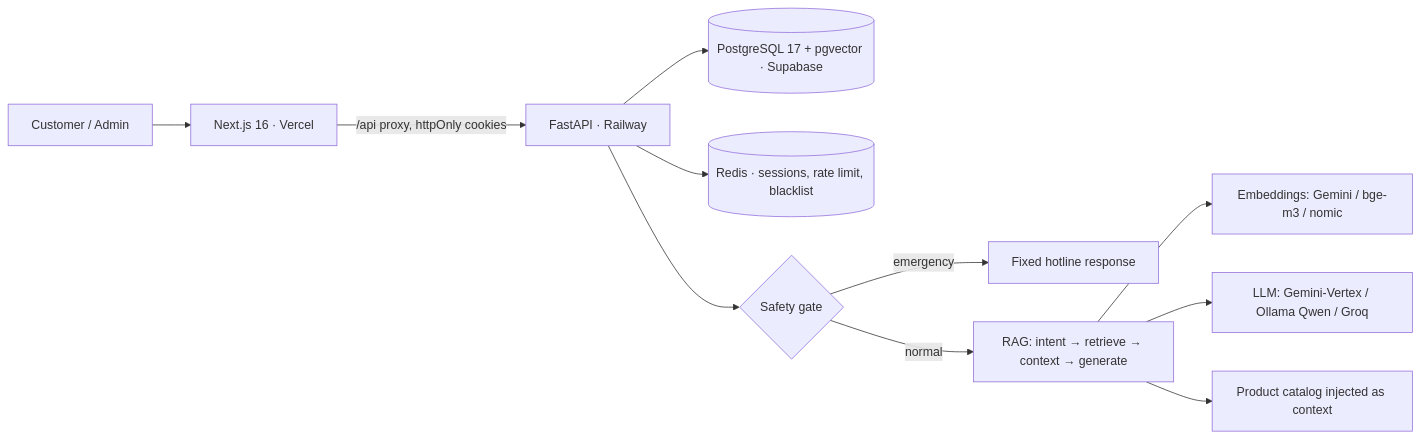
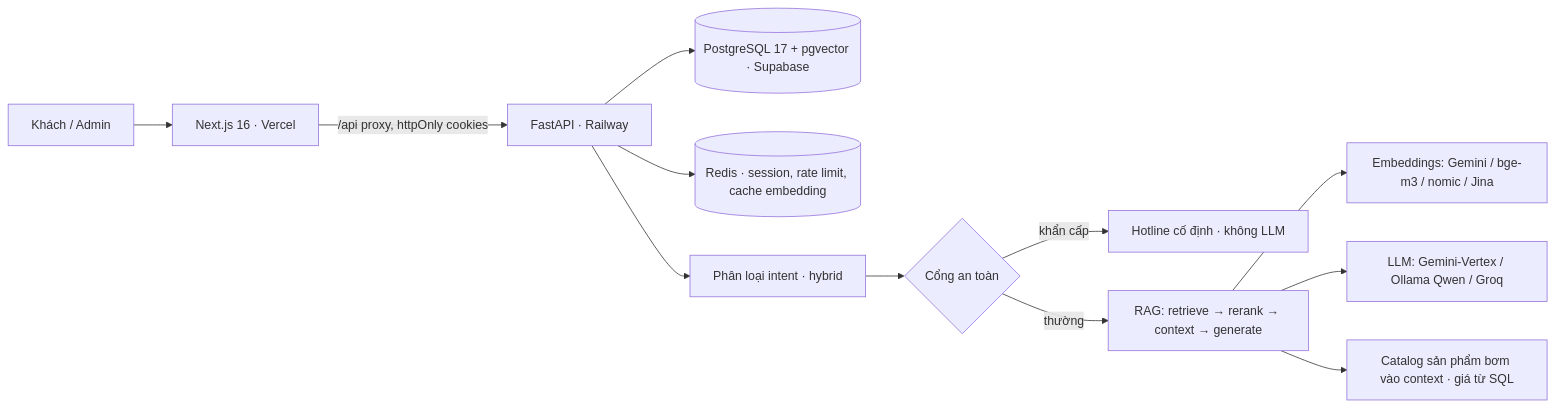
The diagram in README.md (Rhynis/Qiki), drawn with Mermaid before and after one commit. The commit also changed other lines of this file and 2 other files, not shown here.

````diff
--- a/README.md
+++ b/README.md
@@ -36,13 +97,14 @@
 ```mermaid
 flowchart LR
-  User[Customer / Admin] --> FE[Next.js 16 · Vercel]
+  User[Khách / Admin] --> FE[Next.js 16 · Vercel]
   FE -->|"/api proxy, httpOnly cookies"| BE[FastAPI · Railway]
   BE --> PG[("PostgreSQL 17 + pgvector · Supabase")]
-  BE --> REDIS[("Redis · sessions, rate limit, blacklist")]
-  BE --> SAFE{Safety gate}
-  SAFE -->|emergency| CONST[Fixed hotline response]
-  SAFE -->|normal| RAG[RAG: intent → retrieve → context → generate]
-  RAG --> EMB[Embeddings: Gemini / bge-m3 / nomic]
+  BE --> REDIS[("Redis · session, rate limit, cache embedding")]
+  BE --> INTENT[Phân loại intent · hybrid]
+  INTENT --> SAFE{Cổng an toàn}
+  SAFE -->|khẩn cấp| CONST[Hotline cố định · không LLM]
+  SAFE -->|thường| RAG[RAG: retrieve → rerank → context → generate]
+  RAG --> EMB[Embeddings: Gemini / bge-m3 / nomic / Jina]
   RAG --> GEN[LLM: Gemini-Vertex / Ollama Qwen / Groq]
-  RAG --> CAT[Product catalog injected as context]
+  RAG --> CAT[Catalog sản phẩm bơm vào context · giá từ SQL]
 ```
````
